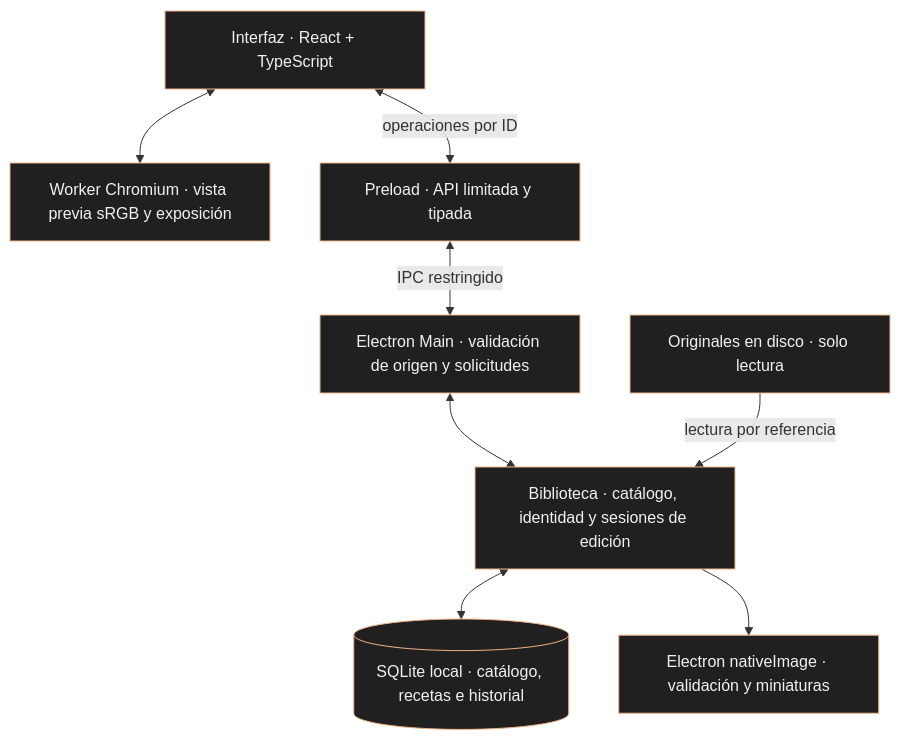
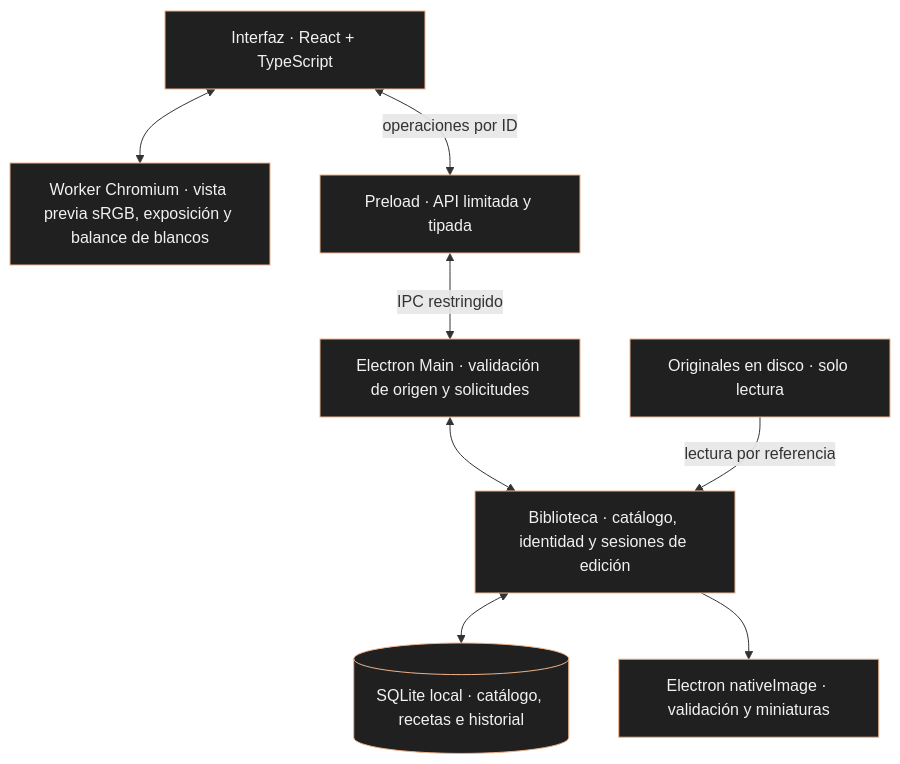
Before and after one commit to glaucia86/revelumo: the diagram in README.es.md, drawn with Mermaid. The commit also changed other lines of this file and 21 other files, not shown here.

````diff
--- a/README.es.md
+++ b/README.es.md
@@ -209,22 +228,22 @@
 ```mermaid
 flowchart TB
     UI["Interfaz · React + TypeScript"]
-    EDIT["Worker Chromium · vista previa sRGB y exposición"]
+    EDIT["Worker Chromium · vista previa sRGB, exposición y balance de blancos"]
     PRE["Preload · API limitada y tipada"]
     MAIN["Electron Main · validación de origen y solicitudes"]
     LIB["Biblioteca · catálogo, identidad y sesiones de edición"]
     DB[("SQLite local · catálogo, recetas e historial")]
     DEC["Electron nativeImage · validación y miniaturas"]
     FILES["Originales en disco · solo lectura"]
 
     UI <--> EDIT
     UI <-->|"operaciones por ID"| PRE
     PRE <-->|"IPC restringido"| MAIN
     MAIN <--> LIB
     LIB <--> DB
     LIB --> DEC
     FILES -->|"lectura por referencia"| LIB
 
     classDef local fill:#202020,stroke:#efb28a,color:#f1f1f1;
     class UI,EDIT,PRE,MAIN,LIB,DB,DEC,FILES local;
 ```
````
